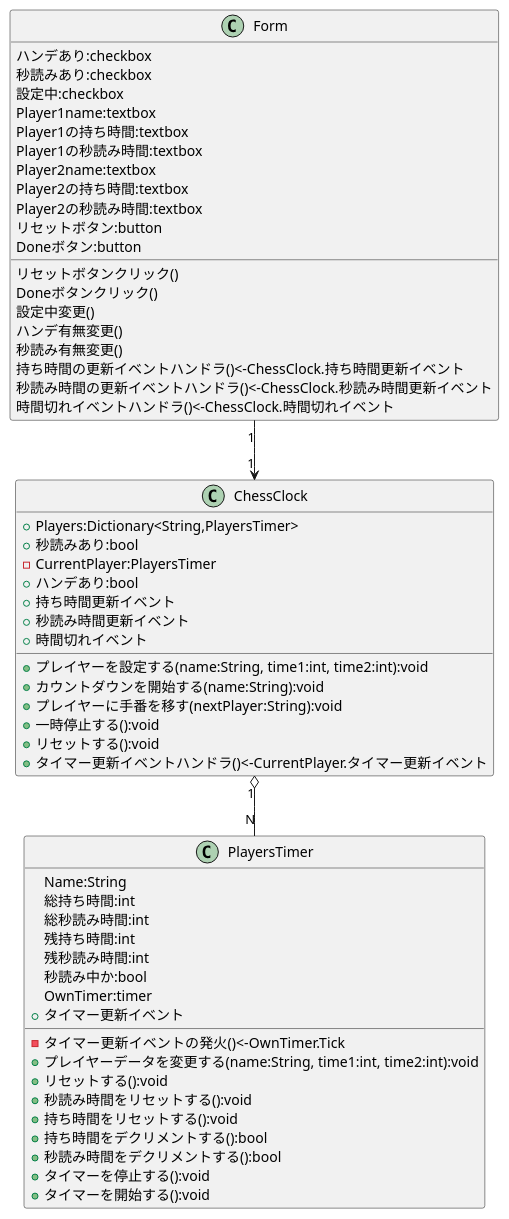
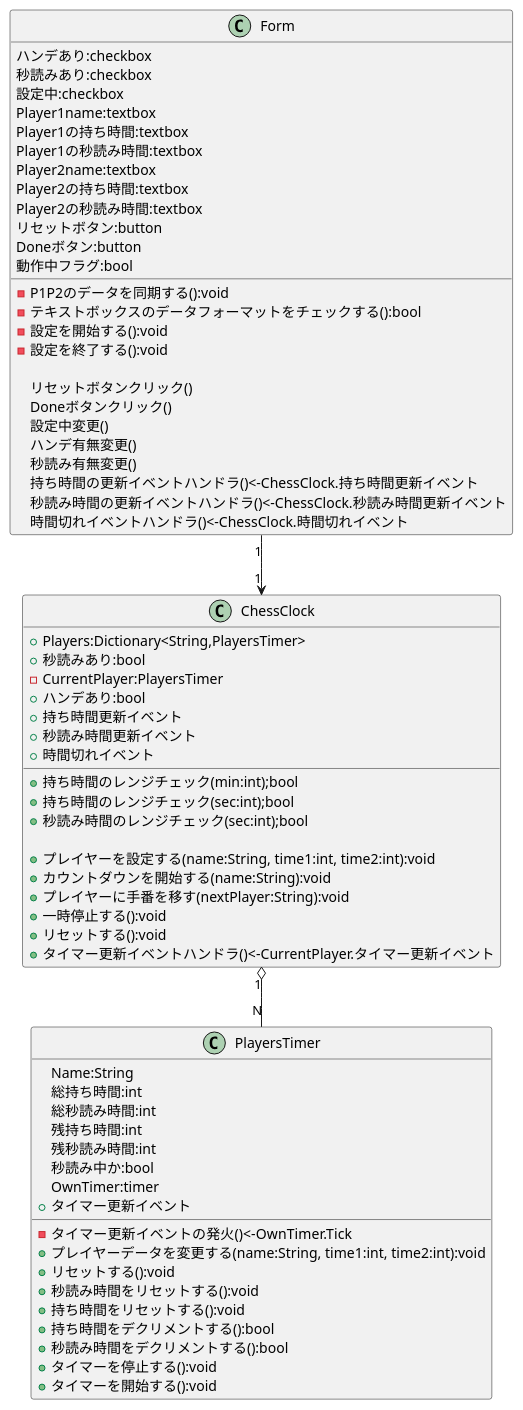
Before and after one commit to hiratashinnya/ChessClock: the diagram in docs/07_Class.md, drawn with PlantUML. The commit also changed 6 other files, not shown here.

First line of the commit message:
GUI部分の実装・クラス図の修正

````diff
--- a/docs/07_Class.md
+++ b/docs/07_Class.md
@@ -10,68 +10,79 @@
 ```plantuml
 @startuml
 skinparam groupInheritance 3
 
 class Form{
   ハンデあり:checkbox
   秒読みあり:checkbox
   設定中:checkbox
   Player1name:textbox
   Player1の持ち時間:textbox
   Player1の秒読み時間:textbox
   Player2name:textbox
   Player2の持ち時間:textbox
   Player2の秒読み時間:textbox
   リセットボタン:button
   Doneボタン:button
+  動作中フラグ:bool
+ 
+  -P1P2のデータを同期する():void
+  -テキストボックスのデータフォーマットをチェックする():bool
+  -設定を開始する():void
+  -設定を終了する():void
+
   リセットボタンクリック()
   Doneボタンクリック()
   設定中変更()
   ハンデ有無変更()
   秒読み有無変更()
   持ち時間の更新イベントハンドラ()<-ChessClock.持ち時間更新イベント
   秒読み時間の更新イベントハンドラ()<-ChessClock.秒読み時間更新イベント
   時間切れイベントハンドラ()<-ChessClock.時間切れイベント
 }
 
 class ChessClock{
   +Players:Dictionary<String,PlayersTimer>
   +秒読みあり:bool
   -CurrentPlayer:PlayersTimer
   +ハンデあり:bool
   +持ち時間更新イベント
   +秒読み時間更新イベント
   +時間切れイベント
   
+  +持ち時間のレンジチェック(min:int);bool
+  +持ち時間のレンジチェック(sec:int);bool
+  +秒読み時間のレンジチェック(sec:int);bool
+
   +プレイヤーを設定する(name:String, time1:int, time2:int):void
   +カウントダウンを開始する(name:String):void
   +プレイヤーに手番を移す(nextPlayer:String):void
   +一時停止する():void
   +リセットする():void
   +タイマー更新イベントハンドラ()<-CurrentPlayer.タイマー更新イベント
 }
 
 class PlayersTimer{
   Name:String
   総持ち時間:int
   総秒読み時間:int
   残持ち時間:int
   残秒読み時間:int
   秒読み中か:bool
   OwnTimer:timer
   +タイマー更新イベント
 
   -タイマー更新イベントの発火()<-OwnTimer.Tick
   +プレイヤーデータを変更する(name:String, time1:int, time2:int):void
   +リセットする():void
   +秒読み時間をリセットする():void
   +持ち時間をリセットする():void
   +持ち時間をデクリメントする():bool
   +秒読み時間をデクリメントする():bool
   +タイマーを停止する():void
   +タイマーを開始する():void
 }
 
 Form "1" --> "1" ChessClock
 ChessClock "1" o-- "N" PlayersTimer
 @enduml
 ```
````
